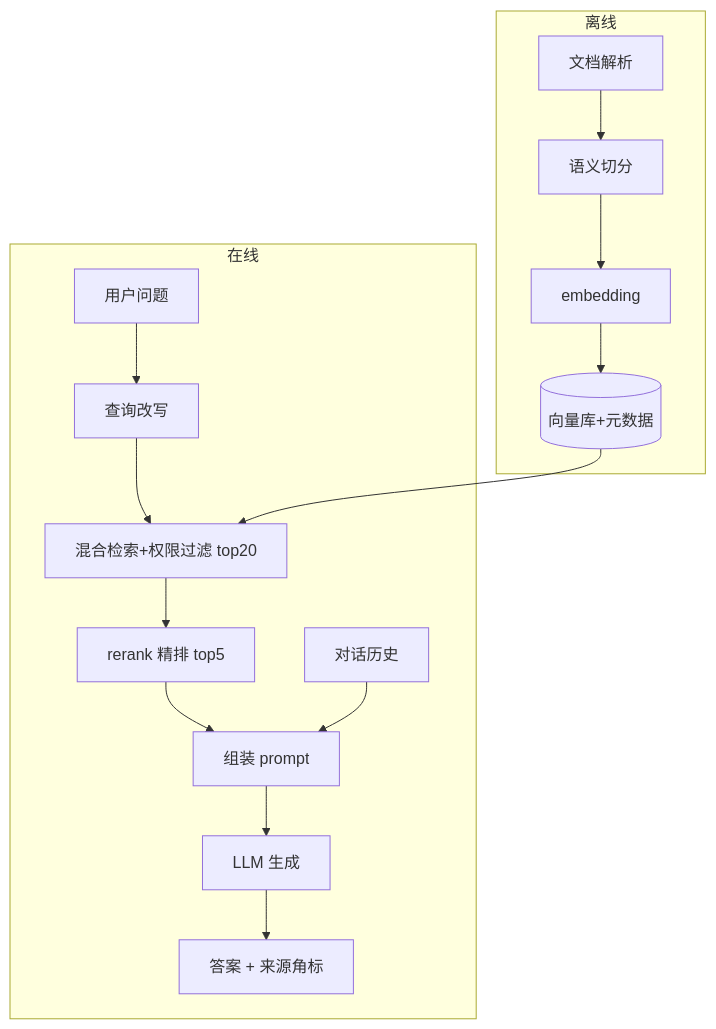
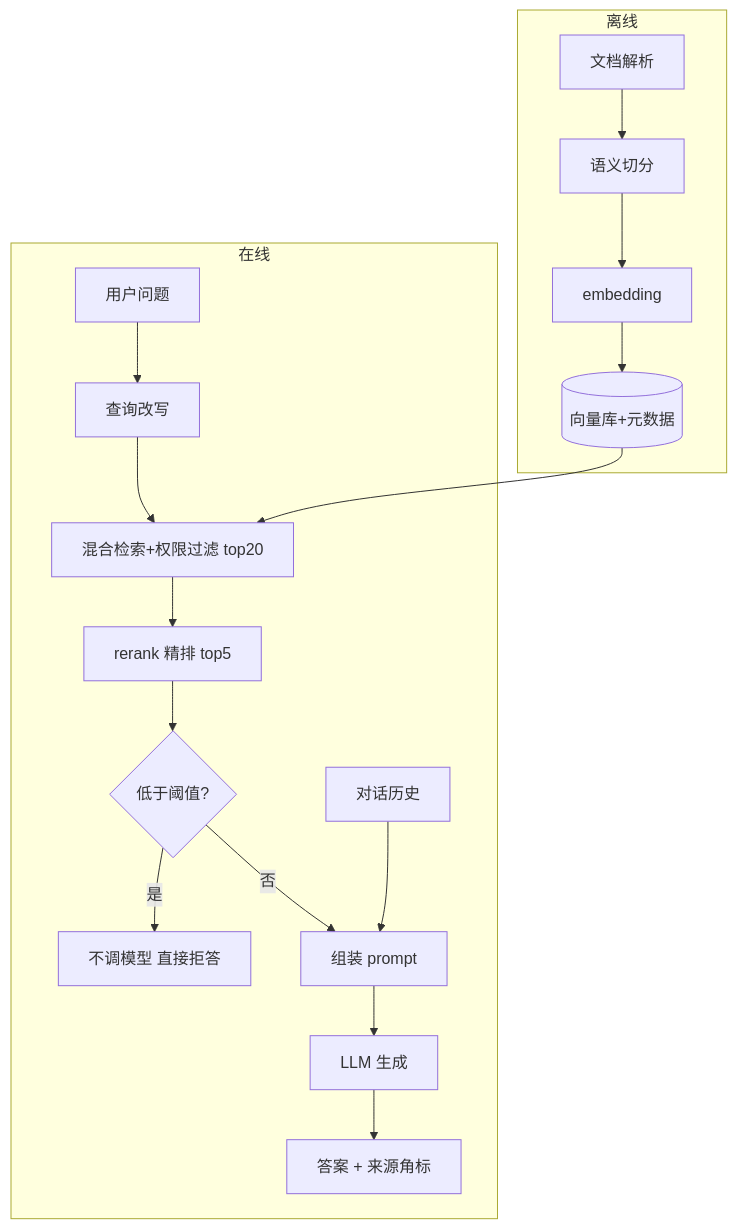
Before and after one commit to Sean2096/notebook: the diagram in concepts/RAG 全链路.md, drawn with Mermaid. The commit also changed other lines of this file and 8 other files, not shown here.

````diff
--- a/concepts/RAG 全链路.md
+++ b/concepts/RAG 全链路.md
@@ -37,13 +38,15 @@
 ```mermaid
 flowchart TB
     subgraph 离线
       D[文档解析] --> CH[语义切分] --> EM[embedding] --> DB[(向量库+元数据)]
     end
     subgraph 在线
       Q[用户问题] --> RW[查询改写] --> R1[混合检索+权限过滤 top20]
       DB --> R1
-      R1 --> RR[rerank 精排 top5] --> PR[组装 prompt]
+      R1 --> RR[rerank 精排 top5] --> TH{低于阈值?}
+      TH -->|是| NO[不调模型 直接拒答]
+      TH -->|否| PR[组装 prompt]
       H[对话历史] --> PR
       PR --> LLM[LLM 生成] --> ANS[答案 + 来源角标]
     end
 ```
````
